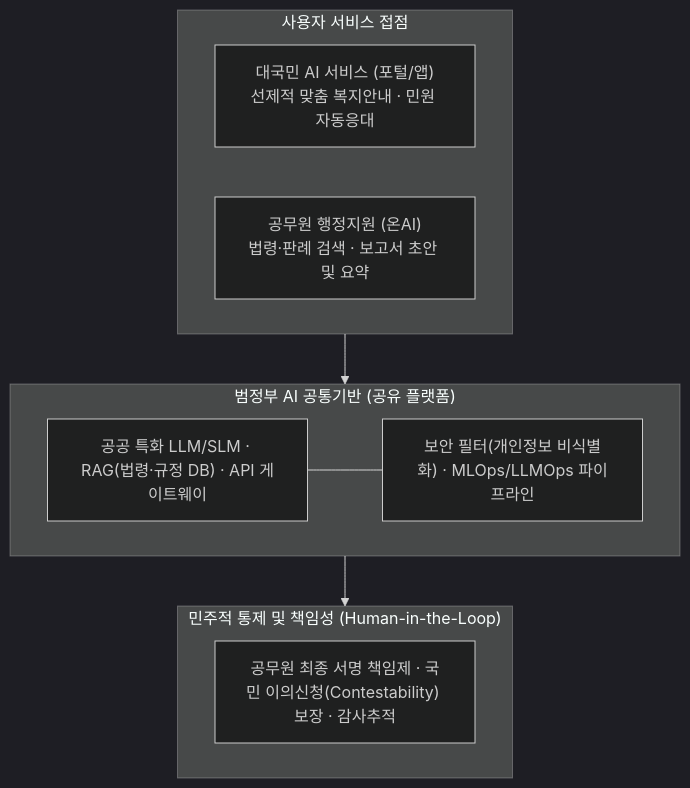
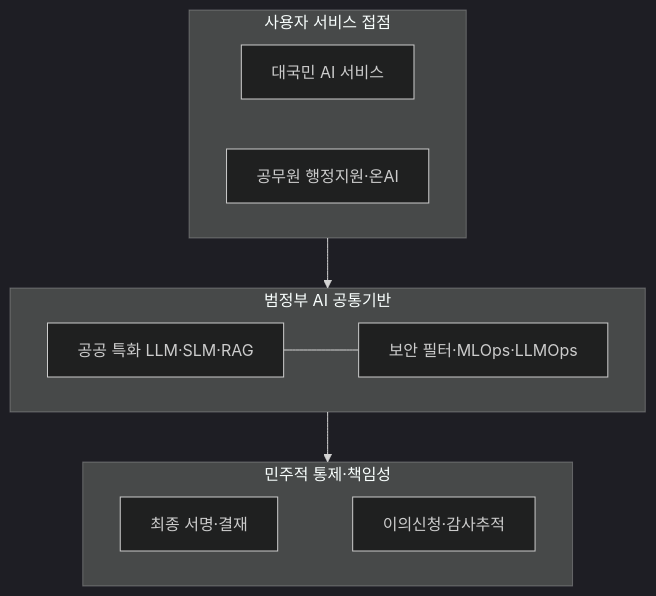
Before and after one commit to agnusdei1207/study: the first of 3 diagrams in src/content/docs/notes/itpe/01-it-strategy/052_ai_democratic_government_on_ai.md, drawn with Mermaid (dark theme). The commit also changed other lines of this file and 19 other files, not shown here.

````diff
--- a/src/content/docs/notes/itpe/01-it-strategy/052_ai_democratic_government_on_ai.md
+++ b/src/content/docs/notes/itpe/01-it-strategy/052_ai_democratic_government_on_ai.md
@@ -50,20 +54,20 @@
 ```mermaid
 flowchart TD
     subgraph USERS["사용자 서비스 접점"]
-        U1["대국민 AI 서비스 (포털/앱)<br/>선제적 맞춤 복지안내 · 민원 자동응대"]
-        U2["공무원 행정지원 (온AI)<br/>법령·판례 검색 · 보고서 초안 및 요약"]
+        U1["대국민 AI 서비스"]
+        U2["공무원 행정지원·온AI"]
     end
 
-    subgraph PLATFORM["범정부 AI 공통기반 (공유 플랫폼)"]
-        P1["공공 특화 LLM/SLM · RAG(법령·규정 DB) · API 게이트웨이"]
-        P2["보안 필터(개인정보 비식별화) · MLOps/LLMOps 파이프라인"]
+    subgraph PLATFORM["범정부 AI 공통기반"]
+        P1["공공 특화 LLM·SLM·RAG"]
+        P2["보안 필터·MLOps·LLMOps"]
         P1 --- P2
     end
 
-    subgraph GOV["민주적 통제 및 책임성 (Human-in-the-Loop)"]
-        G1["공무원 최종 서명 책임제 · 국민 이의신청(Contestability) 보장 · 감사추적"]
+    subgraph GOV["민주적 통제·책임성"]
+        G1["최종 서명·결재"] ~~~ G2["이의신청·감사추적"]
     end
 
     USERS --> PLATFORM
     PLATFORM --> GOV
 ```
````
